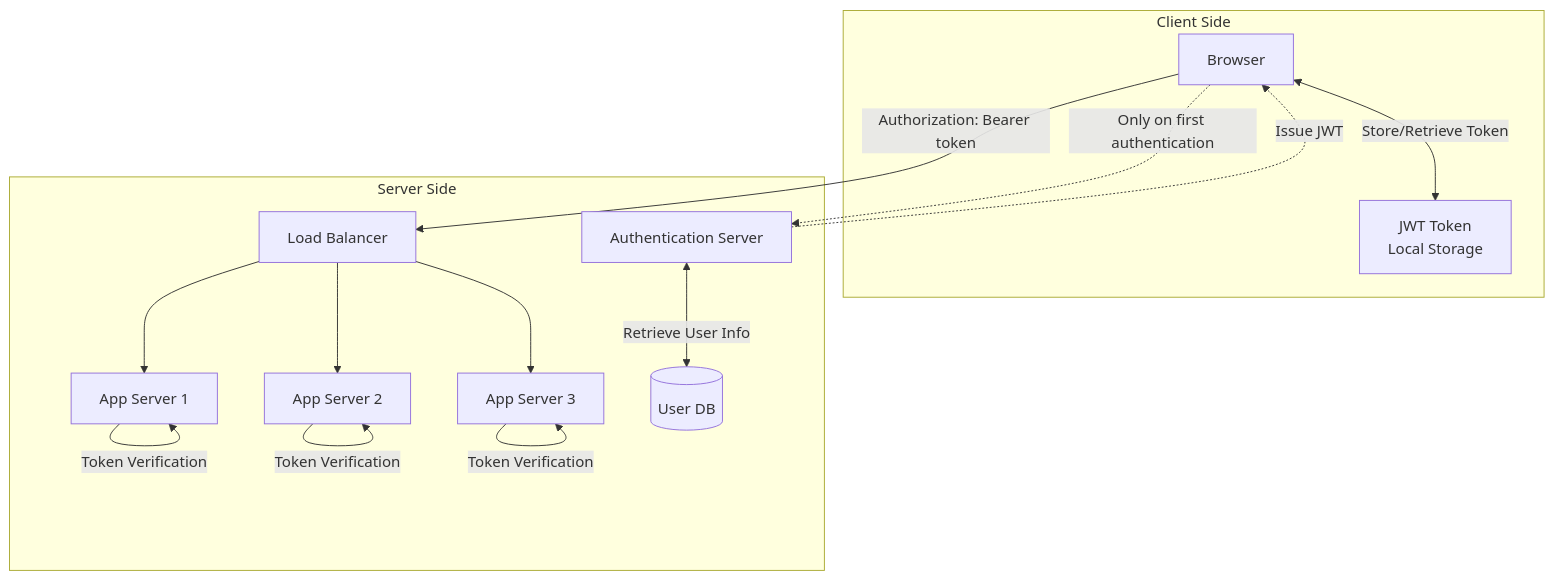
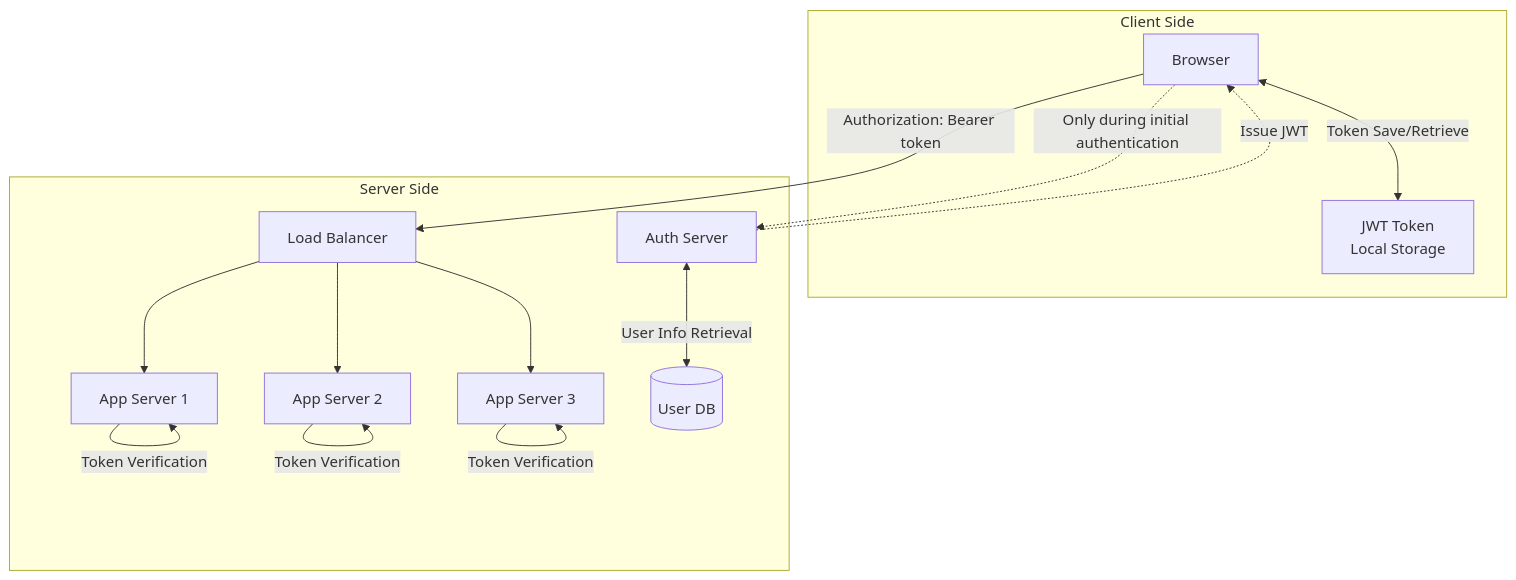
The fifth of 8 diagrams in content/en/posts/session-token-authentication.md (bmf-san/bmf-tech), drawn with Mermaid before and after one commit. The commit also changed other lines of this file and 425 other files, not shown here.

````diff
--- a/content/en/posts/session-token-authentication.md
+++ b/content/en/posts/session-token-authentication.md
@@ -241,30 +243,30 @@
 ```mermaid
 graph TB
     subgraph "Client Side"
         Browser[Browser]
         Token[JWT Token<br/>Local Storage]
     end
 
     subgraph "Server Side"
         LB[Load Balancer]
         App1[App Server 1]
         App2[App Server 2]
         App3[App Server 3]
-        Auth[Authentication Server]
+        Auth[Auth Server]
         DB[(User DB)]
     end
 
-    Browser <-->|Store/Retrieve Token| Token
+    Browser <-->|Token Save/Retrieve| Token
     Browser -->|Authorization: Bearer token| LB
     LB --> App1
     LB --> App2
     LB --> App3
 
     App1 -->|Token Verification| App1
     App2 -->|Token Verification| App2
     App3 -->|Token Verification| App3
 
-    Browser -.->|Only on first authentication| Auth
+    Browser -.->|Only during initial authentication| Auth
     Auth -.->|Issue JWT| Browser
-    Auth <-->|Retrieve User Info| DB
+    Auth <-->|User Info Retrieval| DB
 ```
````
